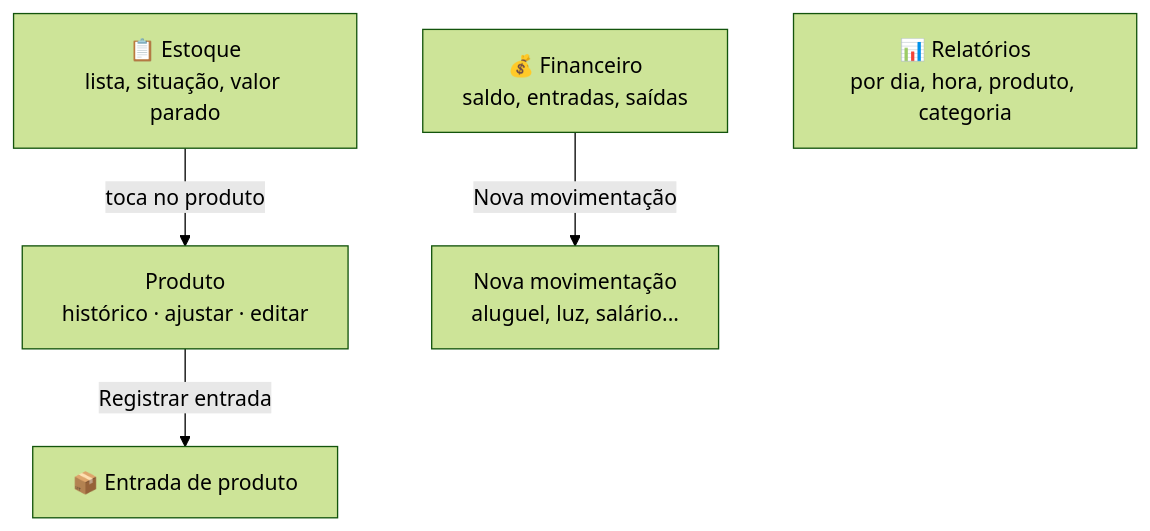
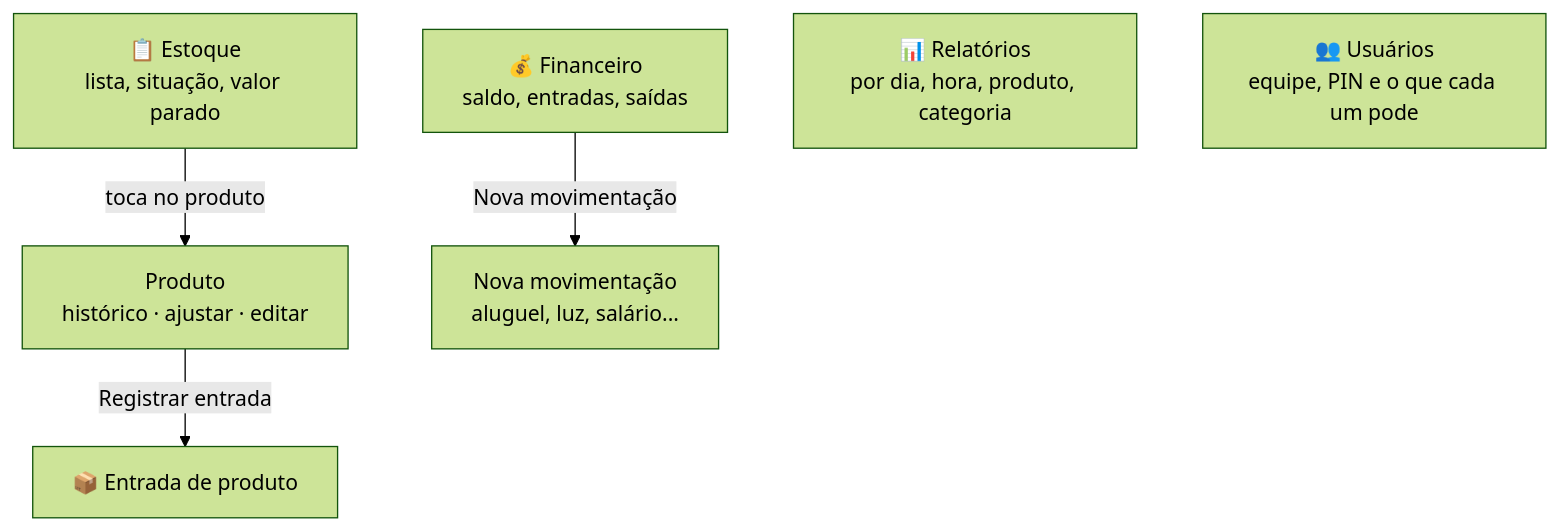
The fifth of 6 diagrams in docs/FLUXO.md (Diogo632/Adegas), drawn with Mermaid (forest theme) before and after one commit. The commit also changed other lines of this file and 58 other files, not shown here.

````diff
--- a/docs/FLUXO.md
+++ b/docs/FLUXO.md
@@ -74,12 +82,13 @@
 ```mermaid
 flowchart TD
     Estoque["📋 Estoque<br/>lista, situação, valor parado"]
     Produto["Produto<br/>histórico · ajustar · editar"]
     Financeiro["💰 Financeiro<br/>saldo, entradas, saídas"]
     NovaMov["Nova movimentação<br/>aluguel, luz, salário..."]
     Relatorios["📊 Relatórios<br/>por dia, hora, produto, categoria"]
 
     Estoque -->|toca no produto| Produto
     Produto -->|Registrar entrada| EntradaG["📦 Entrada de produto"]
     Financeiro -->|Nova movimentação| NovaMov
+    Usuarios["👥 Usuários<br/>equipe, PIN e o que cada um pode"]
 ```
````
